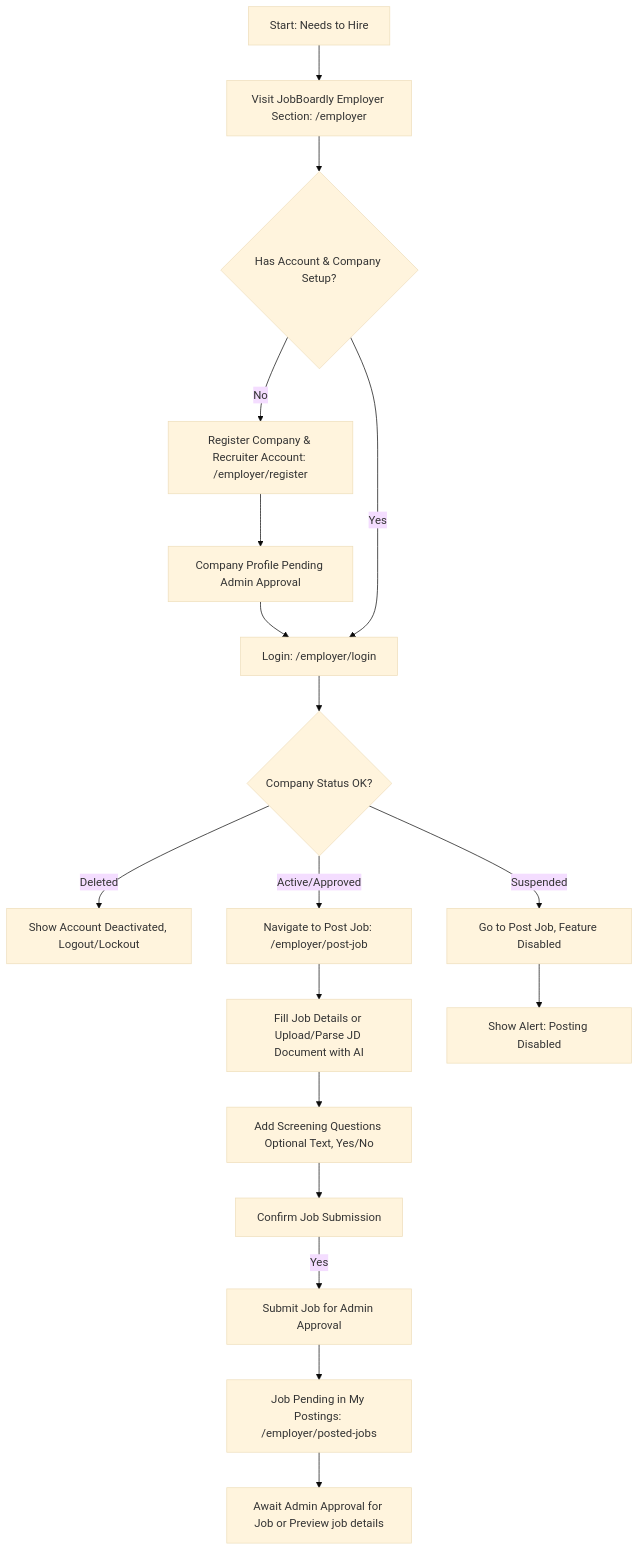
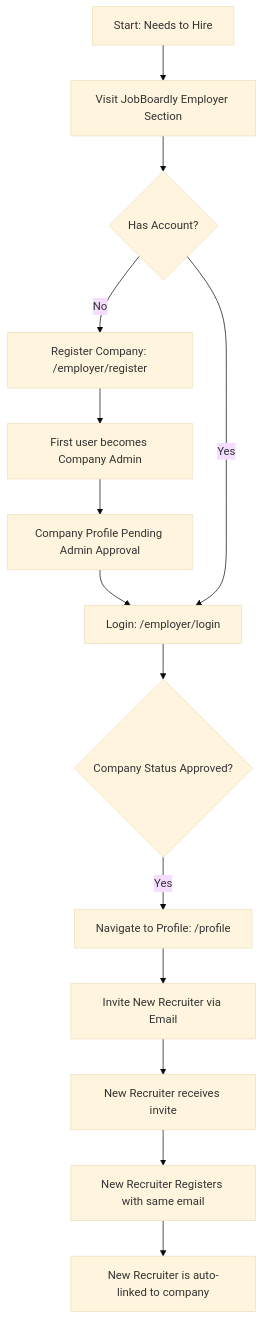
One commit to KishoreKammela/JobBoardly changed the first of 2 diagrams in docs/guides/02-employer-guide.md. Above: the diagram before and after it, drawn with Mermaid (base theme). The commit also changed other lines of this file and 8 other files, not shown here.

````diff
--- a/docs/guides/02-employer-guide.md
+++ b/docs/guides/02-employer-guide.md
@@ -113,20 +85,16 @@
 ```mermaid
 graph TD
-    A[Start: Needs to Hire] --> B[Visit JobBoardly Employer Section: /employer]
-    B --> C{Has Account & Company Setup?}
-    C -->|No| D[Register Company & Recruiter Account: /employer/register]
-    D --> E[Company Profile Pending Admin Approval]
-    E --> F[Login: /employer/login]
-    F --> F_check_status{Company Status OK?}
-    F_check_status -->|Deleted| F_deleted[Show Account Deactivated, Logout/Lockout]
-    F_check_status -->|Suspended| G_suspended[Go to Post Job, Feature Disabled]
-    C -->|Yes| F
-    F_check_status -->|Active/Approved| G[Navigate to Post Job: /employer/post-job]
-    G --> H[Fill Job Details or Upload/Parse JD Document with AI]
-    H --> I[Add Screening Questions Optional Text, Yes/No]
-    I --> J_confirm[Confirm Job Submission]
-    J_confirm -->|Yes| J[Submit Job for Admin Approval]
-    J --> K[Job Pending in My Postings: /employer/posted-jobs]
-    K --> L[Await Admin Approval for Job or Preview job details]
-    G_suspended --> M[Show Alert: Posting Disabled]
+    A[Start: Needs to Hire] --> B[Visit JobBoardly Employer Section]
+    B --> C{Has Account?}
+    C -->|No| D[Register Company: /employer/register]
+    D --> E[First user becomes Company Admin]
+    E --> F[Company Profile Pending Admin Approval]
+    F --> G[Login: /employer/login]
+    G --> H{Company Status Approved?}
+    H -->|Yes| I[Navigate to Profile: /profile]
+    I --> J[Invite New Recruiter via Email]
+    J --> K[New Recruiter receives invite]
+    K --> L[New Recruiter Registers with same email]
+    L --> M[New Recruiter is auto-linked to company]
+    C -->|Yes| G
 ```
````
